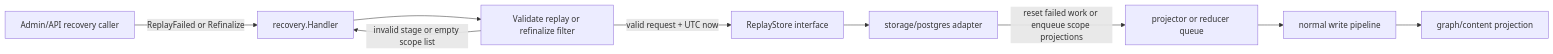
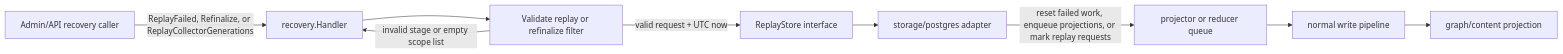
Before and after one commit to eshu-hq/eshu: the diagram in go/internal/recovery/README.md, drawn with Mermaid. The commit also changed other lines of this file and 70 other files, not shown here.

Commit message:
Add collector generation dead-letter replay lifecycle

````diff
--- a/go/internal/recovery/README.md
+++ b/go/internal/recovery/README.md
@@ -14,20 +17,20 @@
 ```mermaid
 flowchart LR
     Admin["Admin/API recovery caller"]
     Handler["recovery.Handler"]
     Validate["Validate replay or refinalize filter"]
     Store["ReplayStore interface"]
     Postgres["storage/postgres adapter"]
     Queue["projector or reducer queue"]
     Pipeline["normal write pipeline"]
     Graph["graph/content projection"]
 
-    Admin -->|"ReplayFailed or Refinalize"| Handler
+    Admin -->|"ReplayFailed, Refinalize, or ReplayCollectorGenerations"| Handler
     Handler --> Validate
     Validate -->|"invalid stage or empty scope list"| Handler
     Validate -->|"valid request + UTC now"| Store
     Store --> Postgres
-    Postgres -->|"reset failed work or enqueue scope projections"| Queue
+    Postgres -->|"reset failed work, enqueue projections, or mark replay requests"| Queue
     Queue --> Pipeline
     Pipeline --> Graph
 ```
````
